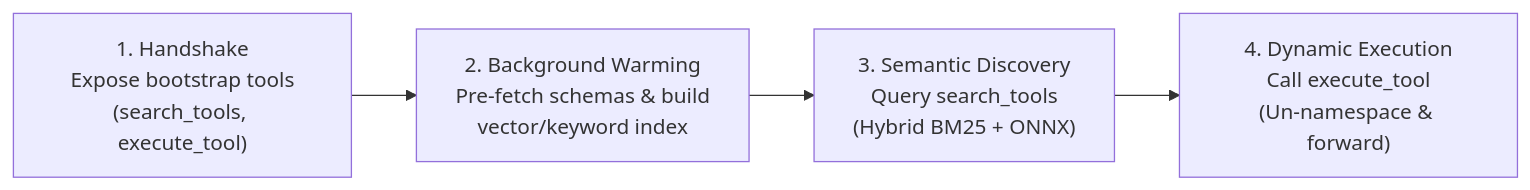
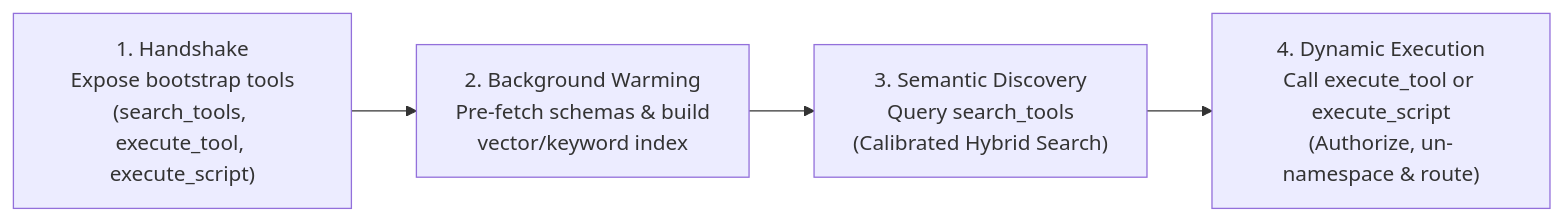
Before and after one commit to spelech/model-context-gateway: the first of 4 diagrams in docs/architecture/routing-and-meta-mode.md, drawn with Mermaid. The commit also changed other lines of this file and 13 other files, not shown here.

````diff
--- a/docs/architecture/routing-and-meta-mode.md
+++ b/docs/architecture/routing-and-meta-mode.md
@@ -34,6 +22,6 @@
 ```mermaid
 flowchart LR
-    Init["1. Handshake<br>Expose bootstrap tools<br>(search_tools, execute_tool)"] --> Warm["2. Background Warming<br>Pre-fetch schemas & build<br>vector/keyword index"]
-    Warm --> Search["3. Semantic Discovery<br>Query search_tools<br>(Hybrid BM25 + ONNX)"]
-    Search --> Exec["4. Dynamic Execution<br>Call execute_tool<br>(Un-namespace & forward)"]
+    Init["1. Handshake<br>Expose bootstrap tools<br>(search_tools, execute_tool, execute_script)"] --> Warm["2. Background Warming<br>Pre-fetch schemas & build<br>vector/keyword index"]
+    Warm --> Search["3. Semantic Discovery<br>Query search_tools<br>(Calibrated Hybrid Search)"]
+    Search --> Exec["4. Dynamic Execution<br>Call execute_tool or execute_script<br>(Authorize, un-namespace & route)"]
 ```
````
